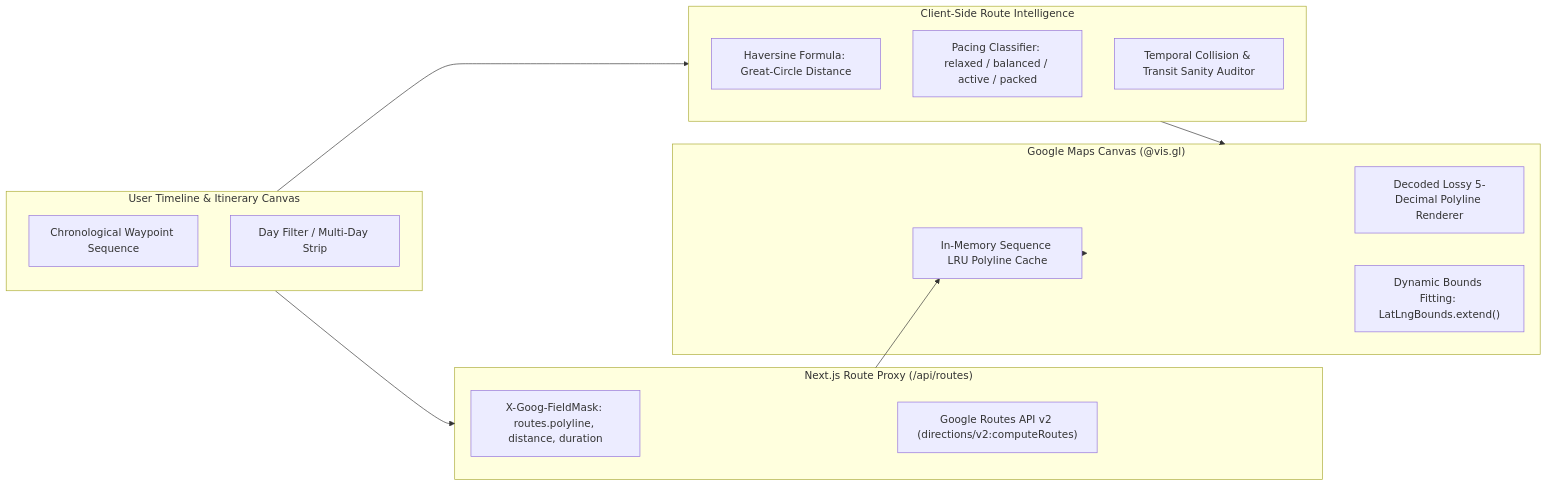
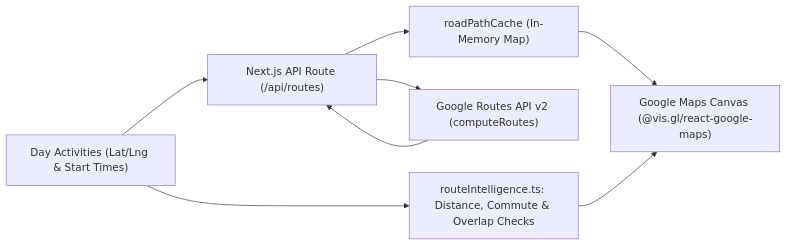
Before and after one commit to Nasif284/Kafla-client: the third of 4 diagrams in README.md, drawn with Mermaid. The commit also changed other lines of this file, not shown here.

Commit message:
docs: update README to accurately reflect implementation and architecture

````diff
--- a/README.md
+++ b/README.md
@@ -149,32 +133,17 @@
 ```mermaid
 flowchart LR
-    subgraph UI_View["User Timeline & Itinerary Canvas"]
-        ACTS[Chronological Waypoint Sequence]
-        TAB[Day Filter / Multi-Day Strip]
-    end
+    ACTS["Day Activities (Lat/Lng & Start Times)"]
+    INTEL["routeIntelligence.ts: Distance, Commute & Overlap Checks"]
+    PROXY["Next.js API Route (/api/routes)"]
+    GOOGLE["Google Routes API v2 (computeRoutes)"]
+    CACHE["roadPathCache (In-Memory Map)"]
+    MAP["Google Maps Canvas (@vis.gl/react-google-maps)"]
 
-    subgraph Intelligence_Engine["Client-Side Route Intelligence"]
-        HAVERSINE["Haversine Formula: Great-Circle Distance"]
-        PACING["Pacing Classifier: relaxed / balanced / active / packed"]
-        OVERLAP["Temporal Collision & Transit Sanity Auditor"]
-    end
-
-    subgraph Route_Proxy["Next.js Route Proxy (/api/routes)"]
-        MASK["X-Goog-FieldMask: routes.polyline, distance, duration"]
-        ROUTES_API["Google Routes API v2 (directions/v2:computeRoutes)"]
-    end
-
-    subgraph Map_Rendering["Google Maps Canvas (@vis.gl)"]
-        POLYLINE["Decoded Lossy 5-Decimal Polyline Renderer"]
-        BOUNDS["Dynamic Bounds Fitting: LatLngBounds.extend()"]
-        CACHE["In-Memory Sequence LRU Polyline Cache"]
-    end
-
-    UI_View --> Intelligence_Engine
-    UI_View --> Route_Proxy
-    Route_Proxy --> ROUTES_API
-    ROUTES_API --> Route_Proxy
-    Route_Proxy --> CACHE
-    CACHE --> Map_Rendering
-    Intelligence_Engine --> Map_Rendering
+    ACTS --> INTEL
+    ACTS --> PROXY
+    PROXY --> GOOGLE
+    GOOGLE --> PROXY
+    PROXY --> CACHE
+    CACHE --> MAP
+    INTEL --> MAP
 ```
````
